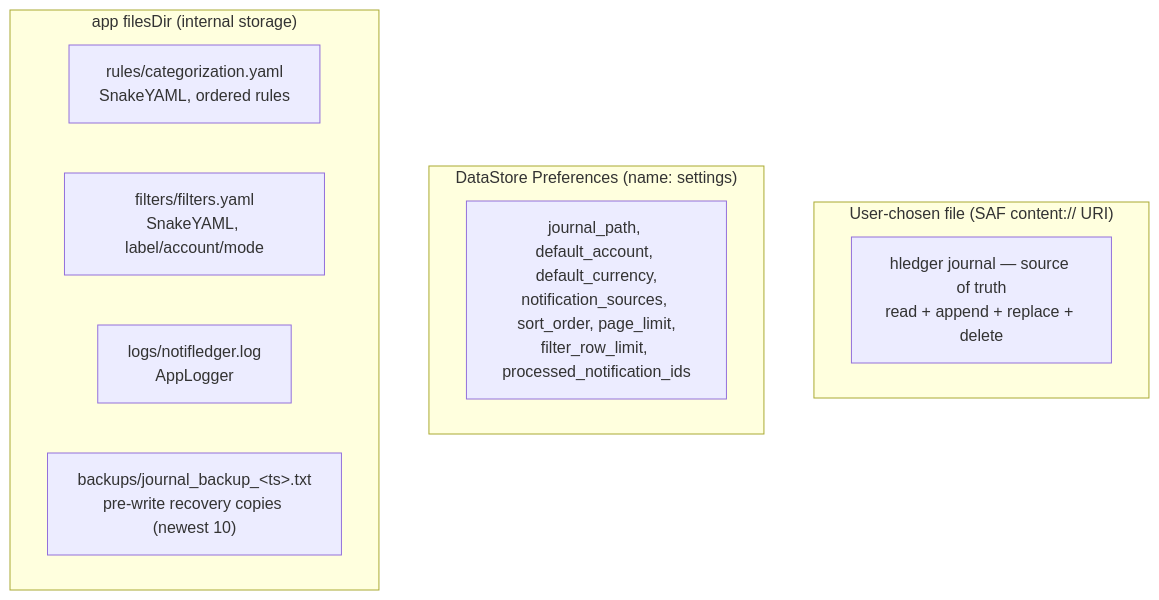
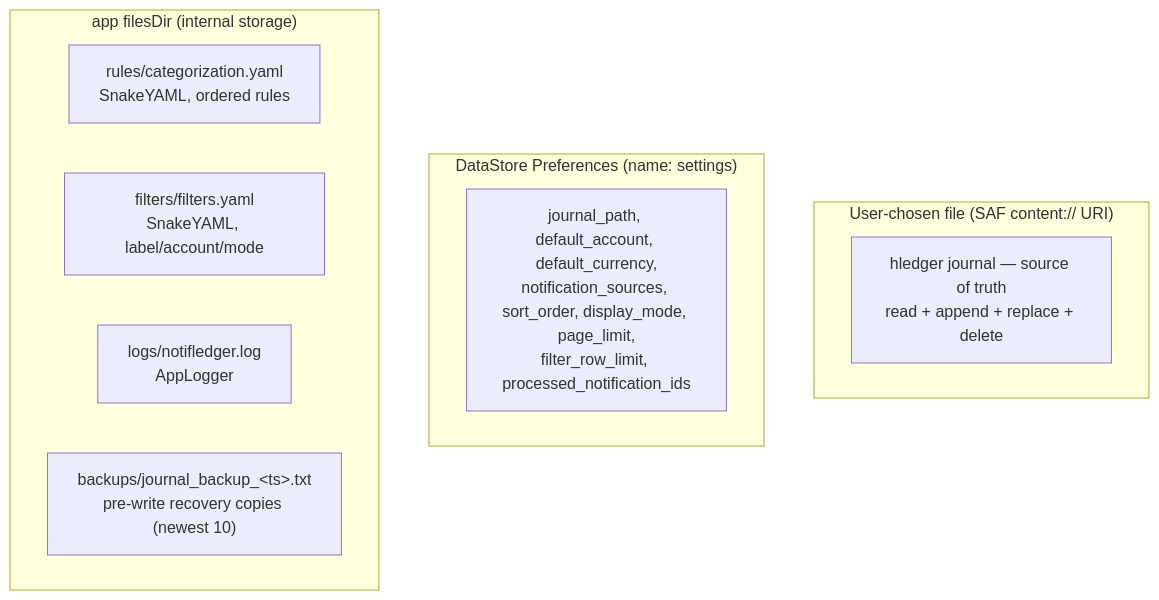
The eighth of 8 diagrams in docs/architecture.md (ukizet/NotifLedger), drawn with Mermaid before and after one commit. The commit also changed other lines of this file and 11 other files, not shown here.

````diff
--- a/docs/architecture.md
+++ b/docs/architecture.md
@@ -323,17 +346,17 @@
 ```mermaid
 flowchart TB
     subgraph saf["User-chosen file (SAF content:// URI)"]
         journal["hledger journal — source of truth<br/>read + append + replace + delete"]
     end
 
     subgraph ds["DataStore Preferences (name: settings)"]
-        keys["journal_path, default_account, default_currency,<br/>notification_sources, sort_order, page_limit,<br/>filter_row_limit, processed_notification_ids"]
+        keys["journal_path, default_account, default_currency,<br/>notification_sources, sort_order, display_mode, page_limit,<br/>filter_row_limit, processed_notification_ids"]
     end
 
     subgraph internal["app filesDir (internal storage)"]
         rules["rules/categorization.yaml<br/>SnakeYAML, ordered rules"]
         filt["filters/filters.yaml<br/>SnakeYAML, label/account/mode"]
         logs["logs/notifledger.log<br/>AppLogger"]
         backup["backups/journal_backup_&lt;ts&gt;.txt<br/>pre-write recovery copies (newest 10)"]
     end
 ```
````
